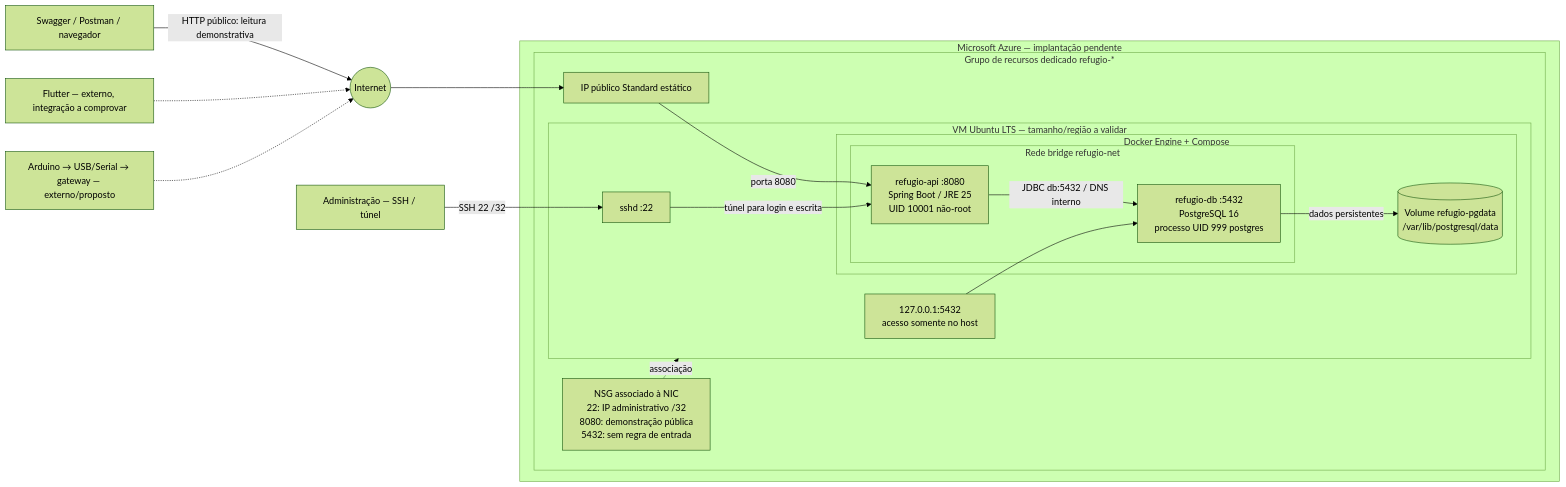
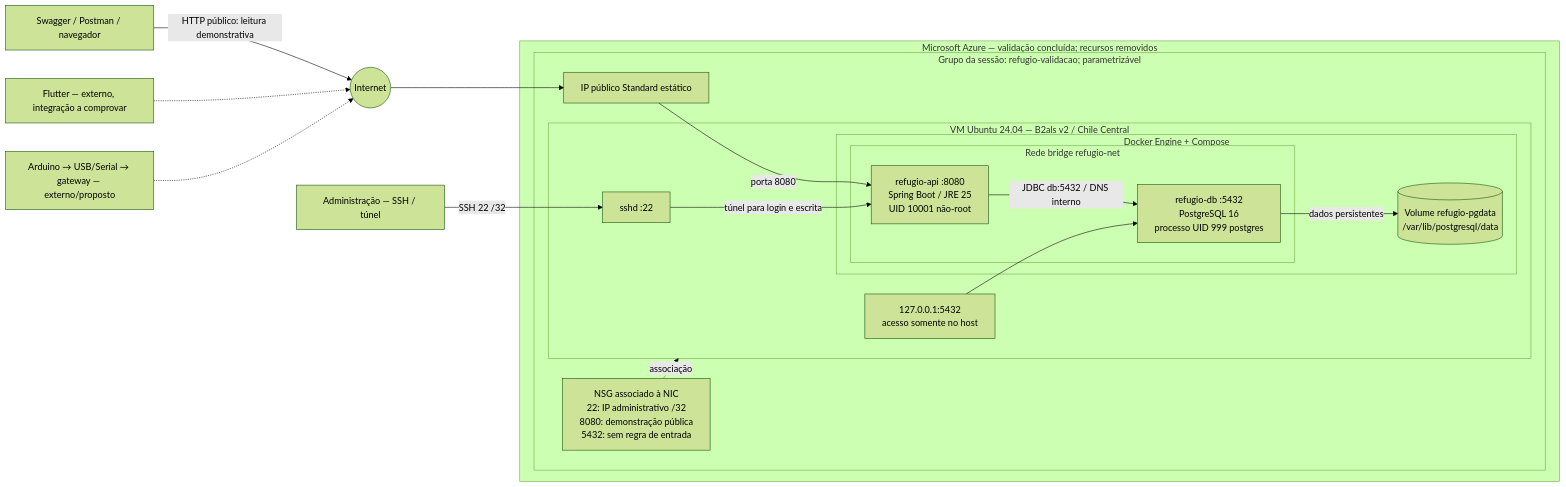
One commit to Guilherme-Soares00/refugio-devops changed the diagram in README.md. Above: the diagram before and after it, drawn with Mermaid (forest theme). The commit also changed other lines of this file and 15 other files, not shown here.

Commit message:
Registra validação em nuvem e limpeza dos recursos

````diff
--- a/README.md
+++ b/README.md
@@ -557,36 +557,36 @@
 ```mermaid
 flowchart LR
     cliente["Swagger / Postman / navegador"]
     flutter["Flutter — externo, integração a comprovar"]
     gateway["Arduino → USB/Serial → gateway — externo/proposto"]
     internet(("Internet"))
     admin["Administração — SSH / túnel"]
-    subgraph azure["Microsoft Azure — implantação pendente"]
-      subgraph rg["Grupo de recursos dedicado refugio-*"]
+    subgraph azure["Microsoft Azure — validação concluída; recursos removidos"]
+      subgraph rg["Grupo da sessão: refugio-validacao; parametrizável"]
         ip["IP público Standard estático"]
         nsg["NSG associado à NIC\n22: IP administrativo /32\n8080: demonstração pública\n5432: sem regra de entrada"]
-        subgraph vm["VM Ubuntu LTS — tamanho/região a validar"]
+        subgraph vm["VM Ubuntu 24.04 — B2als v2 / Chile Central"]
           ssh["sshd :22"]
           subgraph engine["Docker Engine + Compose"]
             subgraph net["Rede bridge refugio-net"]
               api["refugio-api :8080\nSpring Boot / JRE 25\nUID 10001 não-root"]
               db["refugio-db :5432\nPostgreSQL 16\nprocesso UID 999 postgres"]
             end
             volume[("Volume refugio-pgdata\n/var/lib/postgresql/data")]
           end
           loopback["127.0.0.1:5432\nacesso somente no host"]
         end
       end
     end
     cliente -->|HTTP público: leitura demonstrativa| internet
     flutter -.-> internet
     gateway -.-> internet
     internet --> ip
     ip -->|porta 8080| api
     admin -->|SSH 22 /32| ssh
     ssh -->|túnel para login e escrita| api
     nsg -. associação .-> vm
     api -->|JDBC db:5432 / DNS interno| db
     loopback --> db
     db -->|dados persistentes| volume
 ```
````
